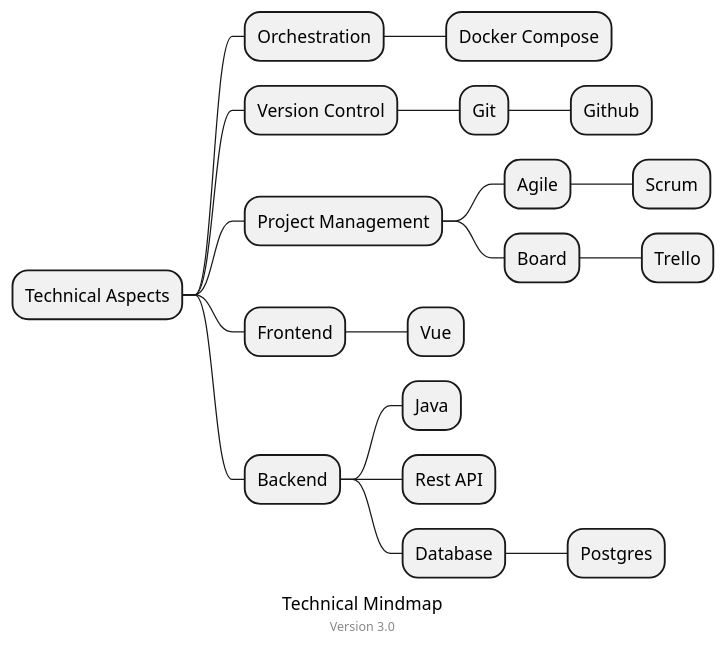
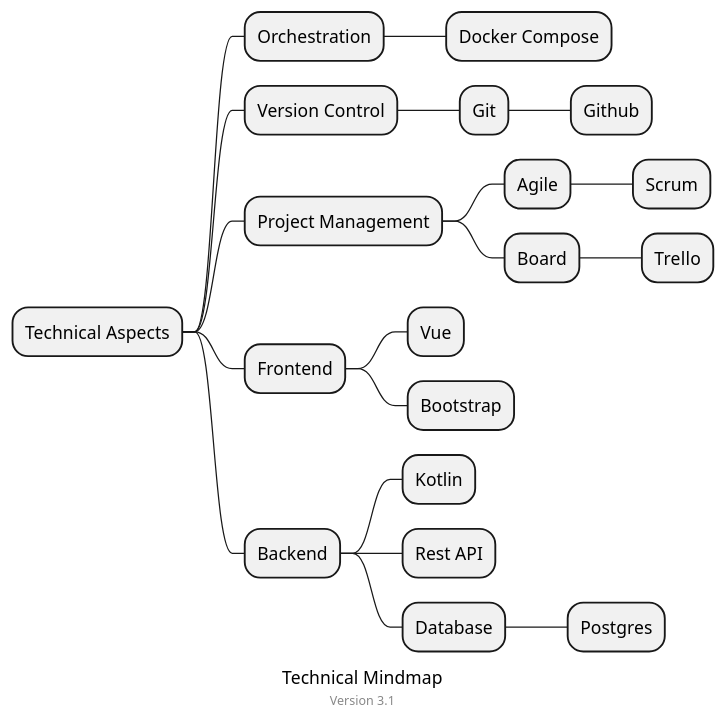
One commit to kamybagheri1998/hackathon changed the diagram in prototype/technical_mindmap.puml. Above: the diagram before and after it, drawn with PlantUML. The commit also changed 1 other file, not shown here.

Commit message:
Updated technical mindmap

```diff
--- a/prototype/technical_mindmap.puml
+++ b/prototype/technical_mindmap.puml
@@ -1,30 +1,31 @@
 @startmindmap
 
 caption Technical Mindmap
-center footer Version 3.0
+center footer Version 3.1
 
 * Technical Aspects
 
 ** Orchestration
 *** Docker Compose
 
 ** Version Control
 *** Git
 **** Github
 
 ** Project Management
 *** Agile
 **** Scrum
 *** Board
 **** Trello
 
 ** Frontend
 *** Vue
+*** Bootstrap
 
 ** Backend
-*** Java
+*** Kotlin
 *** Rest API
 *** Database
 **** Postgres
 
 @endmindmap
```
